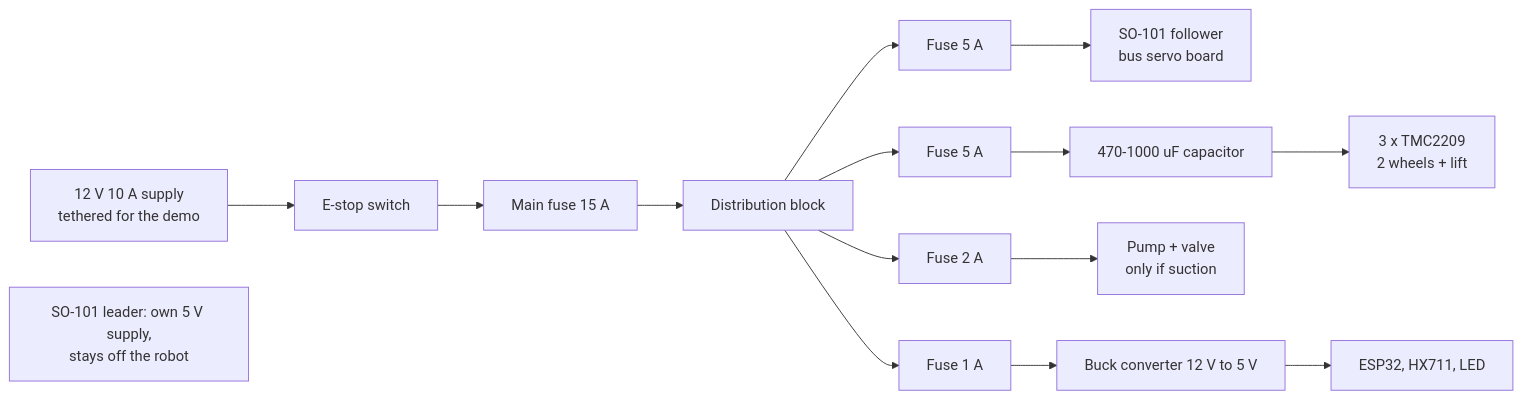
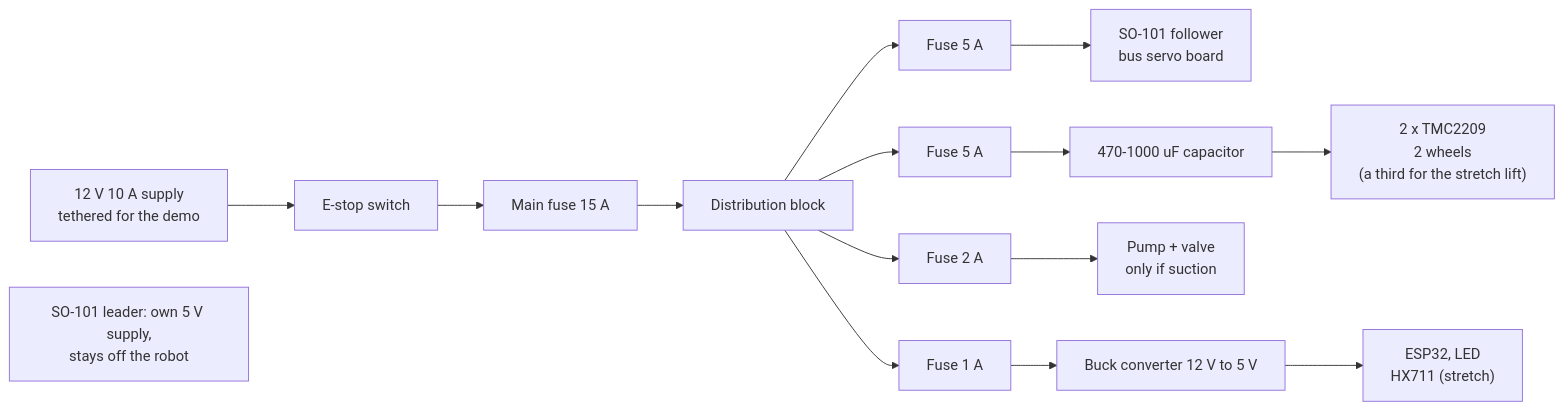
Before and after one commit to aarooshpravici/AutoPick-CalHacks: the sixth of 12 diagrams in plan.md, drawn with Mermaid. The commit also changed other lines of this file, not shown here.

First line of the commit message:
Plan: hour-6 re-plan, arm hands the object over, lift becomes stretch

````diff
--- a/plan.md
+++ b/plan.md
@@ -231,9 +235,9 @@
 ```mermaid
 flowchart LR
     SUP["12 V 10 A supply<br/>tethered for the demo"] --> ES["E-stop switch"] --> MF["Main fuse 15 A"] --> DB["Distribution block"]
     DB --> F1["Fuse 5 A"] --> ARMB["SO-101 follower<br/>bus servo board"]
-    DB --> F2["Fuse 5 A"] --> CAP["470-1000 uF capacitor"] --> TMC["3 x TMC2209<br/>2 wheels + lift"]
+    DB --> F2["Fuse 5 A"] --> CAP["470-1000 uF capacitor"] --> TMC["2 x TMC2209<br/>2 wheels<br/>(a third for the stretch lift)"]
     DB --> F3["Fuse 2 A"] --> PUMP["Pump + valve<br/>only if suction"]
-    DB --> F4["Fuse 1 A"] --> BUCK["Buck converter 12 V to 5 V"] --> ESPP["ESP32, HX711, LED"]
+    DB --> F4["Fuse 1 A"] --> BUCK["Buck converter 12 V to 5 V"] --> ESPP["ESP32, LED<br/>HX711 (stretch)"]
     LEAD["SO-101 leader: own 5 V supply,<br/>stays off the robot"]
 ```
````
